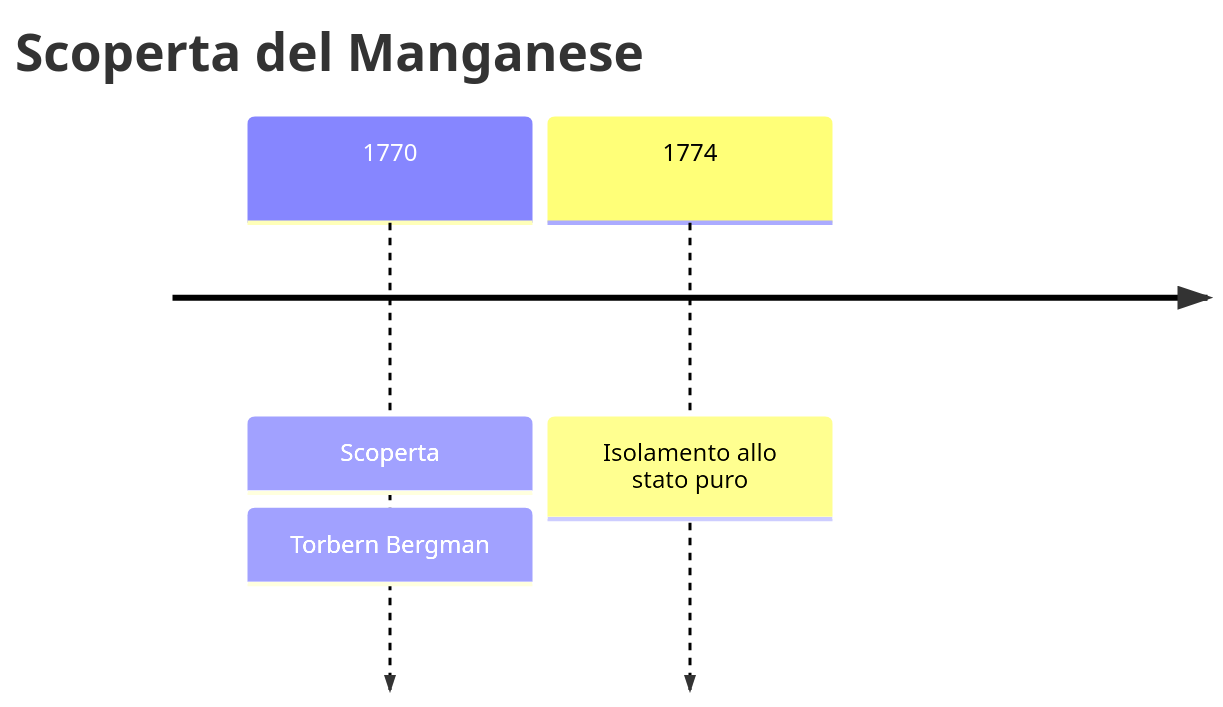
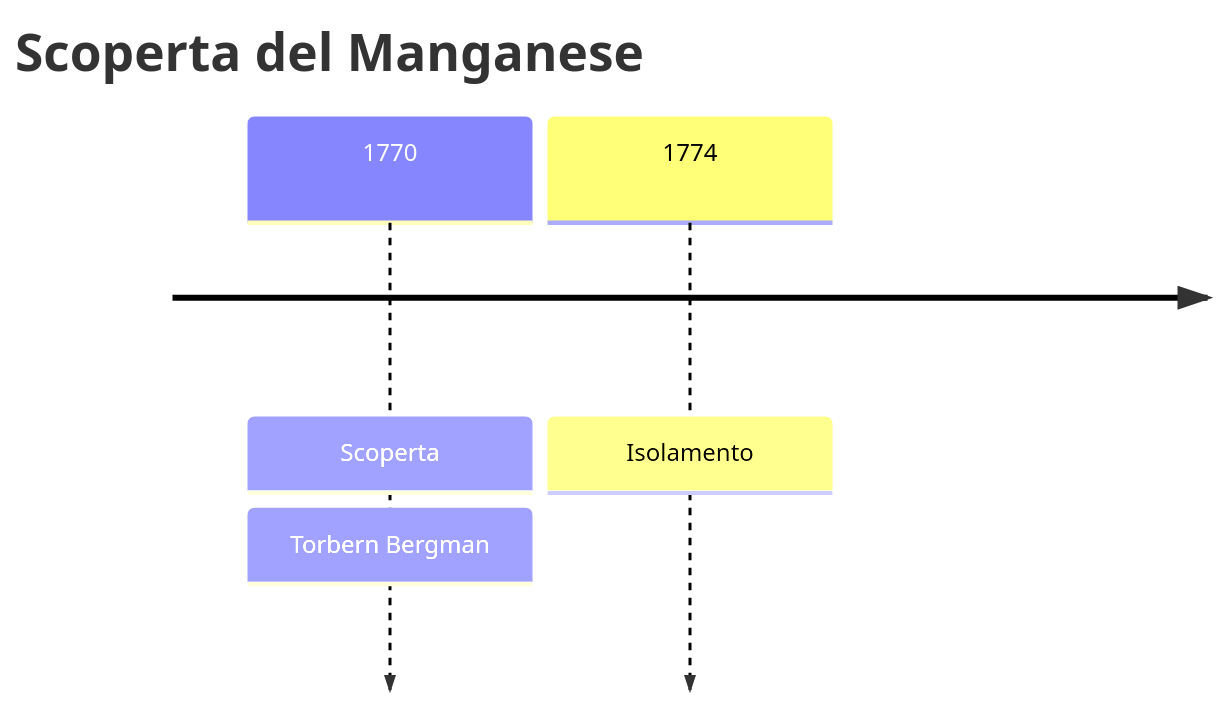
Before and after one commit to gianlucaciarcelluti/elements-caos: the first of 3 diagrams in vault/Elementi/Manganese.md, drawn with Mermaid. The commit also changed 56 other files, not shown here.

````diff
--- a/vault/Elementi/Manganese.md
+++ b/vault/Elementi/Manganese.md
@@ -28,6 +28,6 @@
 ```mermaid
 timeline
     title Scoperta del Manganese
     1770 : Scoperta : Torbern Bergman
-    1774 : Isolamento allo stato puro
+    1774 : Isolamento
 ```
````
